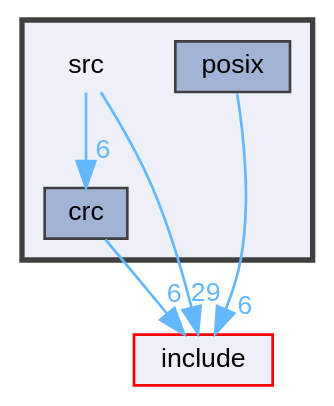
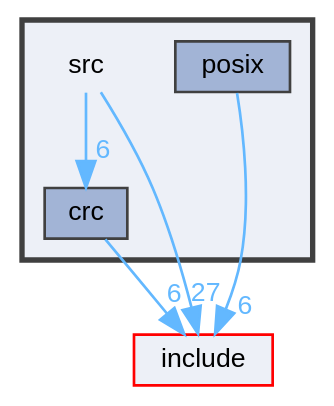
Before and after one commit to robinonsay/libjuno: the diagram in dir_68267d1309a1af8e8297ef4c3efbcdba_dep.dot, drawn with Graphviz. The commit also changed 208 other files, not shown here.

```diff
--- a/dir_68267d1309a1af8e8297ef4c3efbcdba_dep.dot
+++ b/dir_68267d1309a1af8e8297ef4c3efbcdba_dep.dot
@@ -1,19 +1,19 @@
 digraph "/home/runner/work/libjuno/libjuno/src"
 {
  // LATEX_PDF_SIZE
   bgcolor="transparent";
   edge [fontname=Helvetica,fontsize=10,labelfontname=Helvetica,labelfontsize=10];
   node [fontname=Helvetica,fontsize=10,shape=box,height=0.2,width=0.4];
   compound=true
   subgraph clusterdir_68267d1309a1af8e8297ef4c3efbcdba {
     graph [ bgcolor="#edf0f7", pencolor="grey25", label="", fontname=Helvetica,fontsize=10 style="filled,bold", URL="dir_68267d1309a1af8e8297ef4c3efbcdba.html",tooltip=""]
     dir_68267d1309a1af8e8297ef4c3efbcdba [shape=plaintext, label="src"];
   dir_aaf0231a54e81f715efc83e4edb207e4 [label="crc", fillcolor="#a2b4d6", color="grey25", style="filled", URL="dir_aaf0231a54e81f715efc83e4edb207e4.html",tooltip=""];
   dir_6887e9b46a560cfc03709f52ff768643 [label="posix", fillcolor="#a2b4d6", color="grey25", style="filled", URL="dir_6887e9b46a560cfc03709f52ff768643.html",tooltip=""];
   }
   dir_d44c64559bbebec7f509842c48db8b23 [label="include", fillcolor="#edf0f7", color="red", style="filled", URL="dir_d44c64559bbebec7f509842c48db8b23.html",tooltip=""];
   dir_68267d1309a1af8e8297ef4c3efbcdba->dir_aaf0231a54e81f715efc83e4edb207e4 [headlabel="6", labeldistance=1.5 headhref="dir_000009_000001.html" href="dir_000009_000001.html" color="steelblue1" fontcolor="steelblue1"];
-  dir_68267d1309a1af8e8297ef4c3efbcdba->dir_d44c64559bbebec7f509842c48db8b23 [headlabel="29", labeldistance=1.5 headhref="dir_000009_000003.html" href="dir_000009_000003.html" color="steelblue1" fontcolor="steelblue1"];
+  dir_68267d1309a1af8e8297ef4c3efbcdba->dir_d44c64559bbebec7f509842c48db8b23 [headlabel="27", labeldistance=1.5 headhref="dir_000009_000003.html" href="dir_000009_000003.html" color="steelblue1" fontcolor="steelblue1"];
   dir_aaf0231a54e81f715efc83e4edb207e4->dir_d44c64559bbebec7f509842c48db8b23 [headlabel="6", labeldistance=1.5 headhref="dir_000001_000003.html" href="dir_000001_000003.html" color="steelblue1" fontcolor="steelblue1"];
   dir_6887e9b46a560cfc03709f52ff768643->dir_d44c64559bbebec7f509842c48db8b23 [headlabel="6", labeldistance=1.5 headhref="dir_000008_000003.html" href="dir_000008_000003.html" color="steelblue1" fontcolor="steelblue1"];
 }
```
